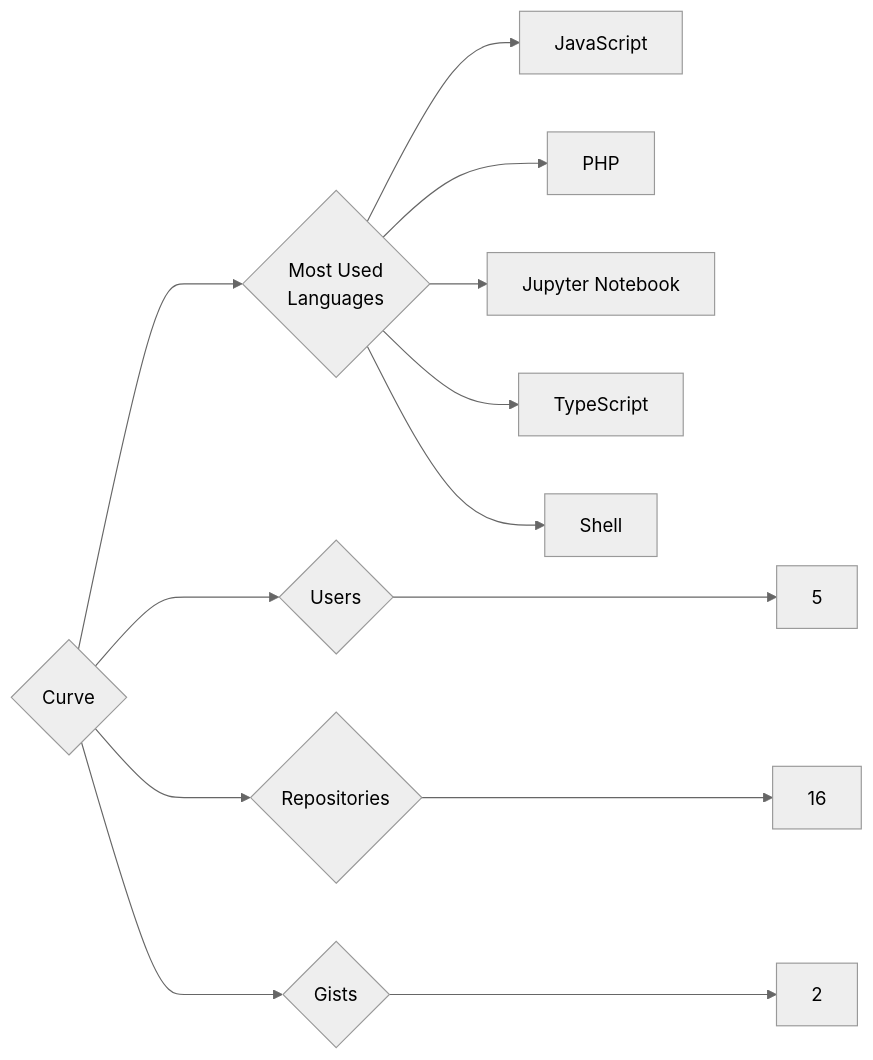
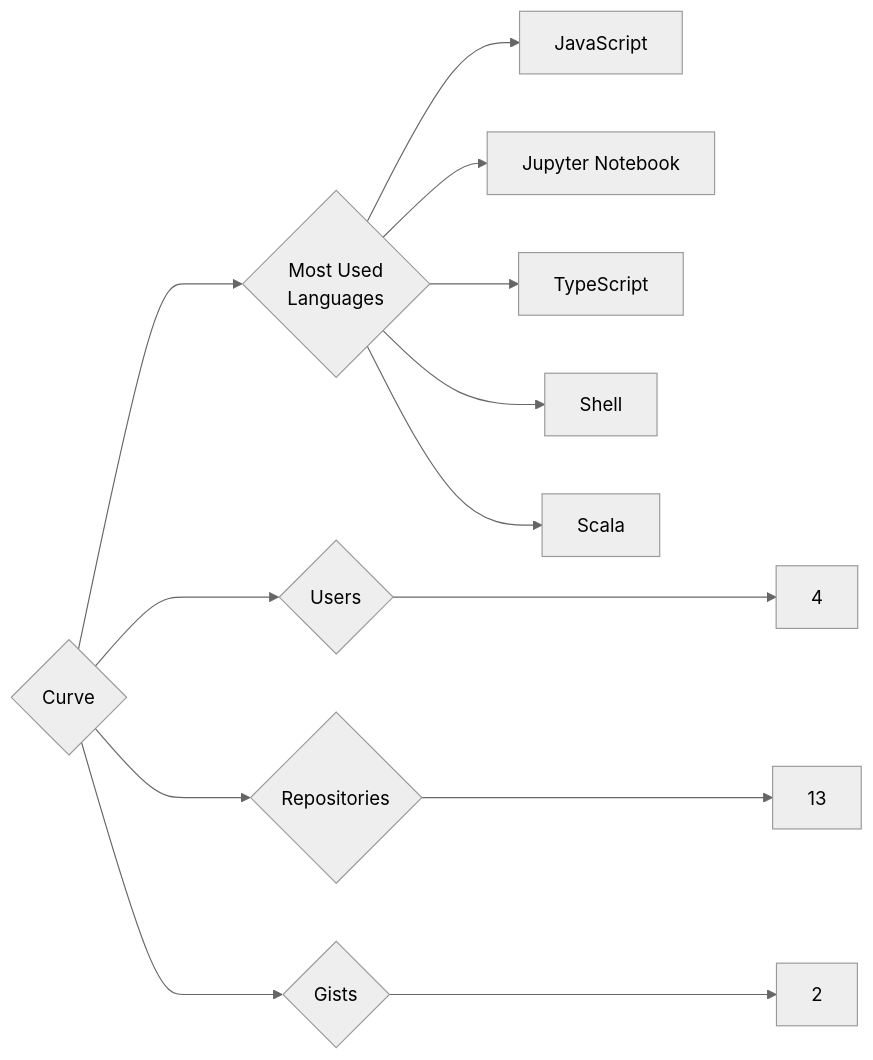
The diagram in targets/Curve/README.md (trickest/insiders), drawn with Mermaid (neutral theme) before and after one commit. The commit also changed 1088 other files, not shown here.

````diff
--- a/targets/Curve/README.md
+++ b/targets/Curve/README.md
@@ -3,13 +3,13 @@
 ```mermaid
 graph LR
 COMPANY_NAME{Curve}
-COMPANY_NAME ---> U{Users} ---> UN[5]
-COMPANY_NAME ---> R{Repositories} ---> RN[16]
+COMPANY_NAME ---> U{Users} ---> UN[4]
+COMPANY_NAME ---> R{Repositories} ---> RN[13]
 COMPANY_NAME ---> G{Gists} ---> GN[2]
 COMPANY_NAME ---> ML{Most Used<br>Languages}
 ML --> JavaScript[JavaScript]
-ML --> PHP[PHP]
 ML --> Jupyter_Notebook[Jupyter Notebook]
 ML --> TypeScript[TypeScript]
 ML --> Shell[Shell]
+ML --> Scala[Scala]
 ```
````
